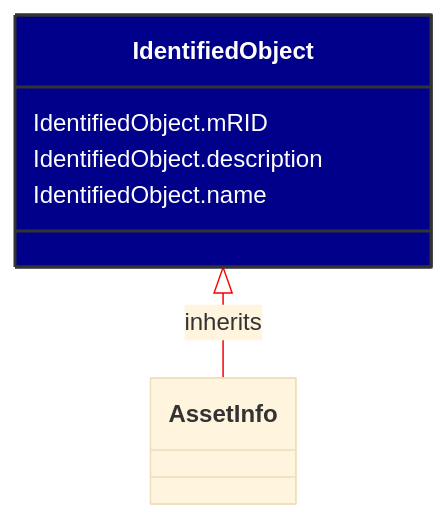
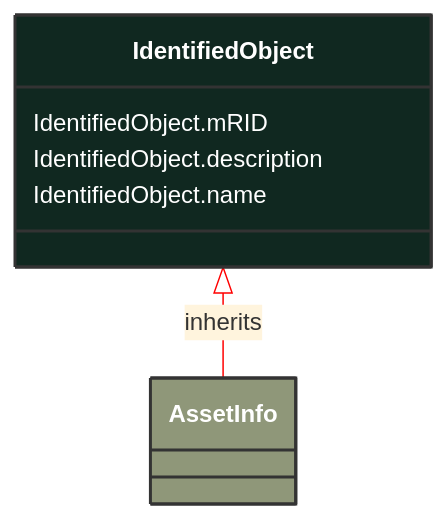
Before and after one commit to 3lbits/NoCIMExtensions: the diagram in docs/Models/Profiles/SubseaCableInfo/AbstractClasses/IdentifiedObject.md, drawn with Mermaid. The commit also changed 190 other files, not shown here.

````diff
--- a/docs/Models/Profiles/SubseaCableInfo/AbstractClasses/IdentifiedObject.md
+++ b/docs/Models/Profiles/SubseaCableInfo/AbstractClasses/IdentifiedObject.md
@@ -10,21 +10,19 @@
 ```mermaid
 %%{init: {'theme':'base','themeVariables': {'lineColor': '#FF0000'}}}%%
 classDiagram
     class IdentifiedObject
     click IdentifiedObject href "/Models/Profiles/SubseaCableInfo/AbstractClasses/IdentifiedObject/"
-    style IdentifiedObject fill:#006400,stroke:#333,stroke-width:2px,rx:10,ry:10,color:white
+    style IdentifiedObject fill:#102820,stroke:#333,stroke-width:2px,rx:10,ry:10,color:white
 
         IdentifiedObject <|-- AssetInfo : inherits
-            click IdentifiedObject href "/Models/Profiles/SubseaCableInfo/AbstractClasses/IdentifiedObject/"
-            style IdentifiedObject fill:#00008B,stroke:#333,stroke-width:2px,rx:10,ry:10,color:white
 
         AssetInfo
             click AssetInfo href "/Models/Profiles/SubseaCableInfo/AbstractClasses/AssetInfo/"
-            style IdentifiedObject fill:#00008B,stroke:#333,stroke-width:2px,rx:10,ry:10,color:white
+            style AssetInfo fill:#8F9779,stroke:#333,stroke-width:2px,rx:10,ry:10,color:white
 
 
 
         IdentifiedObject : IdentifiedObject.mRID
         IdentifiedObject : IdentifiedObject.description
         IdentifiedObject : IdentifiedObject.name
 ```
````
